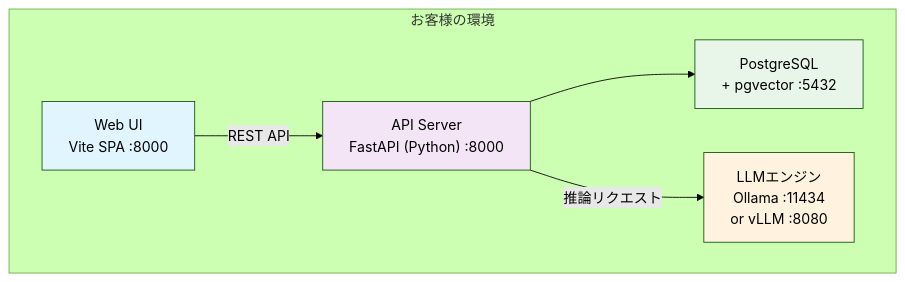
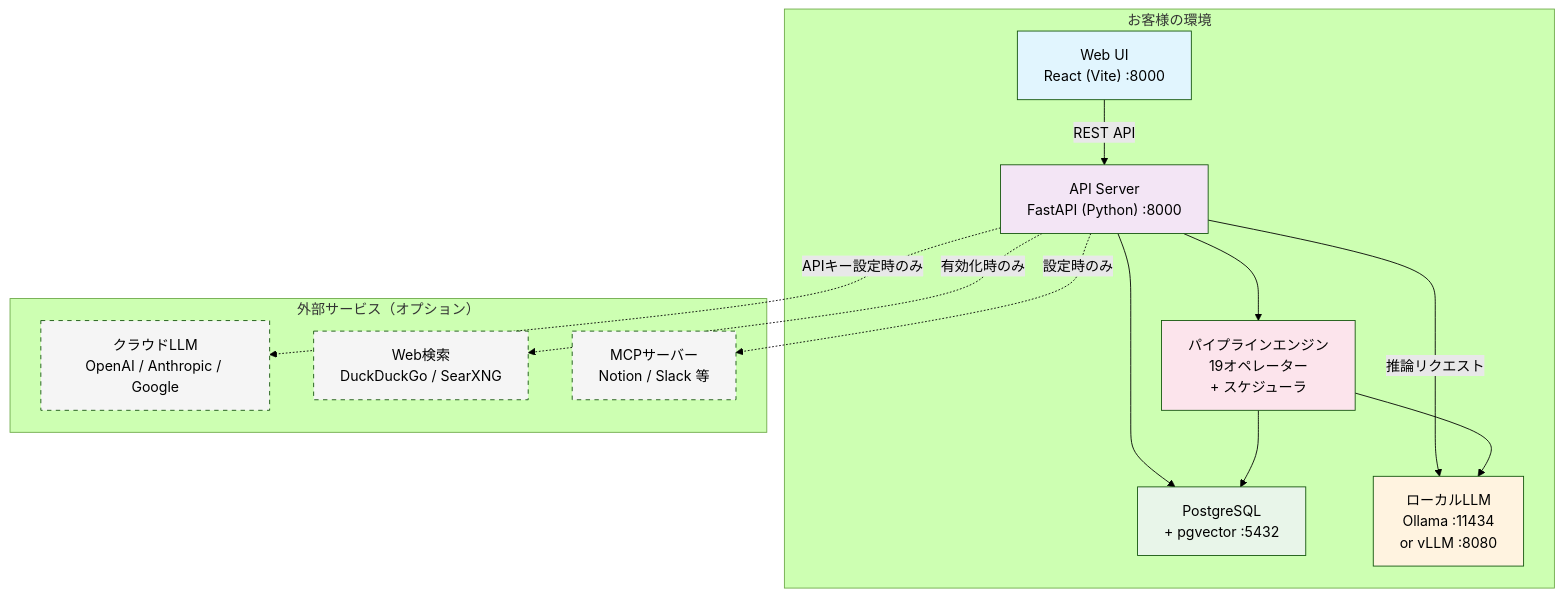
The diagram in docs/src/10_製品概要.md (lmlight-app/dist_vite), drawn with Mermaid (forest theme) before and after one commit. The commit also changed other lines of this file and 41 other files, not shown here.

First line of the commit message:
Rename LM Light to DigitalBase; add Cloud LLM docs

````diff
--- a/docs/src/10_製品概要.md
+++ b/docs/src/10_製品概要.md
@@ -159,18 +211,36 @@
 ```mermaid
 graph TB
     subgraph "お客様の環境"
-        WebUI["Web UI<br/>Vite SPA :8000"]
+        WebUI["Web UI<br/>React (Vite) :8000"]
         API["API Server<br/>FastAPI (Python) :8000"]
         DB["PostgreSQL<br/>+ pgvector :5432"]
-        LLM["LLMエンジン<br/>Ollama :11434<br/>or vLLM :8080"]
+        LLM["ローカルLLM<br/>Ollama :11434<br/>or vLLM :8080"]
+        Pipeline["パイプラインエンジン<br/>19オペレーター<br/>+ スケジューラ"]
 
         WebUI -->|REST API| API
         API --> DB
         API -->|推論リクエスト| LLM
+        API --> Pipeline
+        Pipeline --> DB
+        Pipeline --> LLM
     end
+
+    subgraph "外部サービス（オプション）"
+        Cloud["クラウドLLM<br/>OpenAI / Anthropic / Google"]
+        WebSearch["Web検索<br/>DuckDuckGo / SearXNG"]
+        MCP["MCPサーバー<br/>Notion / Slack 等"]
+    end
+
+    API -.->|APIキー設定時のみ| Cloud
+    API -.->|有効化時のみ| WebSearch
+    API -.->|設定時のみ| MCP
 
     style WebUI fill:#e1f5fe
     style API fill:#f3e5f5
     style DB fill:#e8f5e9
     style LLM fill:#fff3e0
+    style Pipeline fill:#fce4ec
+    style Cloud fill:#f5f5f5,stroke-dasharray: 5 5
+    style WebSearch fill:#f5f5f5,stroke-dasharray: 5 5
+    style MCP fill:#f5f5f5,stroke-dasharray: 5 5
 ```
````
